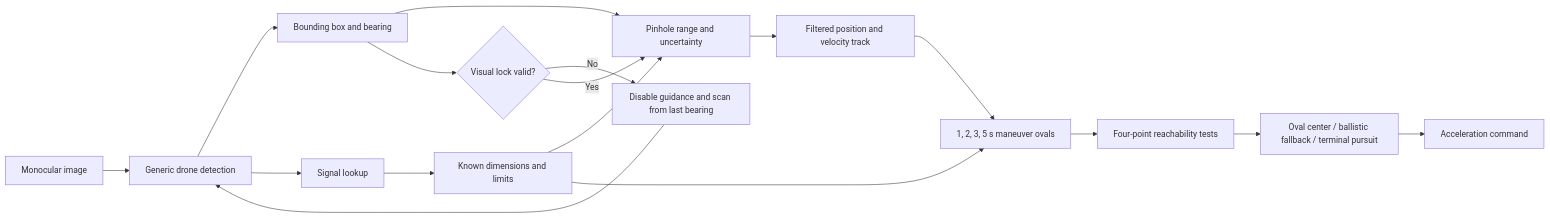
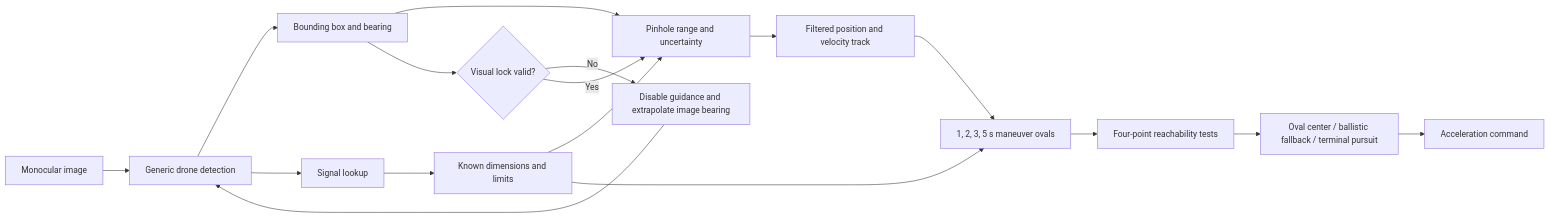
One commit to zeros1u/zenith changed the diagram in README.md. Above: the diagram before and after it, drawn with Mermaid. The commit also changed other lines of this file and 10 other files, not shown here.

````diff
--- a/README.md
+++ b/README.md
@@ -72,19 +81,19 @@
 ```mermaid
 flowchart LR
     A[Monocular image] --> B[Generic drone detection]
     B --> C[Bounding box and bearing]
     B --> D[Signal lookup]
     D --> E[Known dimensions and limits]
     C --> F[Pinhole range and uncertainty]
     E --> F
     F --> G[Filtered position and velocity track]
     C --> L{Visual lock valid?}
-    L -- No --> M[Disable guidance and scan from last bearing]
+    L -- No --> M[Disable guidance and extrapolate image bearing]
     M --> B
     L -- Yes --> F
     E --> H[1, 2, 3, 5 s maneuver ovals]
     G --> H
     H --> I[Four-point reachability tests]
     I --> J[Oval center / ballistic fallback / terminal pursuit]
     J --> K[Acceleration command]
 ```
````
